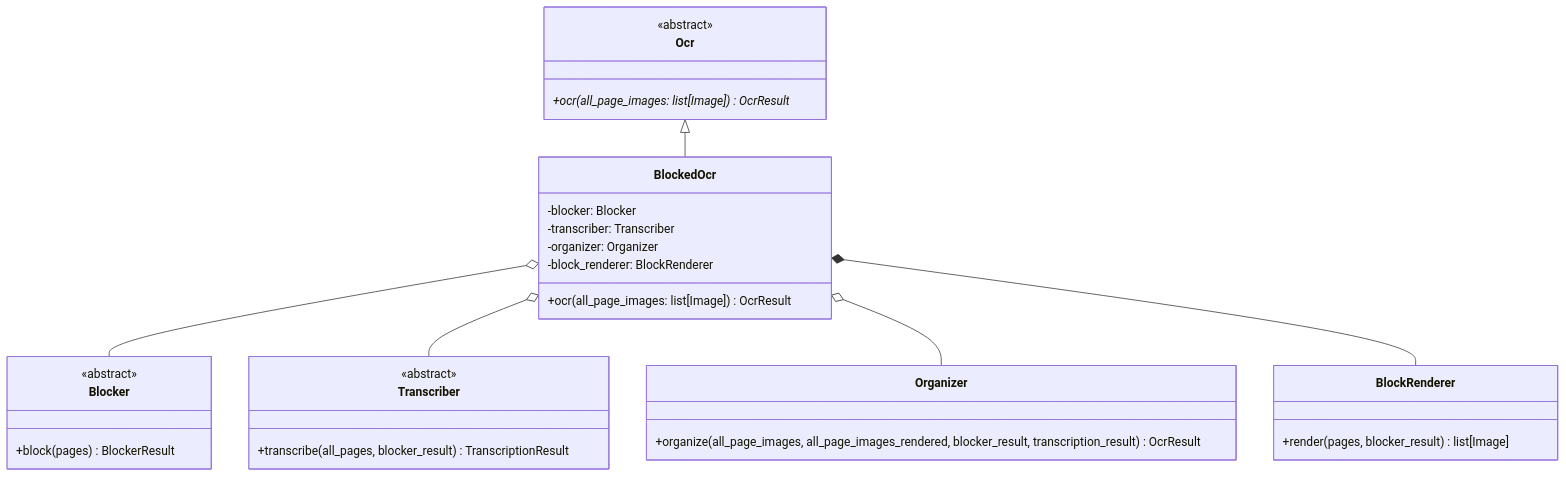
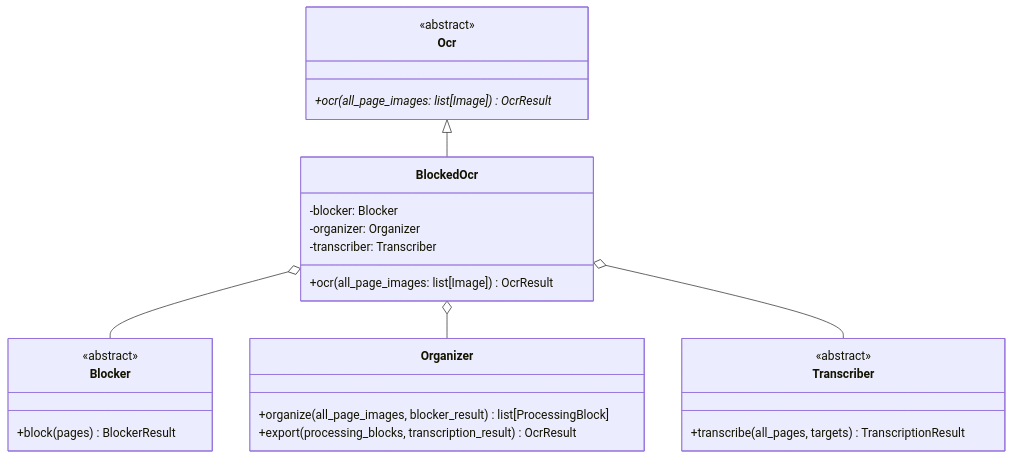
Before and after one commit to konbraphat51/SuperSuat: the first of 2 diagrams in Uploader/OcrModule/Blocked/Docs/BlockedOcr.ja.md, drawn with Mermaid. The commit also changed other lines of this file and 28 other files, not shown here.

````diff
--- a/Uploader/OcrModule/Blocked/Docs/BlockedOcr.ja.md
+++ b/Uploader/OcrModule/Blocked/Docs/BlockedOcr.ja.md
@@ -10,33 +10,29 @@
 ```mermaid
 classDiagram
     class Ocr {
         <<abstract>>
         +ocr(all_page_images: list[Image]) OcrResult*
     }
     class BlockedOcr {
         -blocker: Blocker
+        -organizer: Organizer
         -transcriber: Transcriber
-        -organizer: Organizer
-        -block_renderer: BlockRenderer
         +ocr(all_page_images: list[Image]) OcrResult
     }
     class Blocker {
         <<abstract>>
         +block(pages) BlockerResult
     }
+    class Organizer {
+        +organize(all_page_images, blocker_result) list[ProcessingBlock]
+        +export(processing_blocks, transcription_result) OcrResult
+    }
     class Transcriber {
         <<abstract>>
-        +transcribe(all_pages, blocker_result) TranscriptionResult
-    }
-    class BlockRenderer {
-        +render(pages, blocker_result) list[Image]
-    }
-    class Organizer {
-        +organize(all_page_images, all_page_images_rendered, blocker_result, transcription_result) OcrResult
+        +transcribe(all_pages, targets) TranscriptionResult
     }
     Ocr <|-- BlockedOcr
     BlockedOcr o-- Blocker
+    BlockedOcr o-- Organizer
     BlockedOcr o-- Transcriber
-    BlockedOcr o-- Organizer
-    BlockedOcr *-- BlockRenderer
 ```
````
